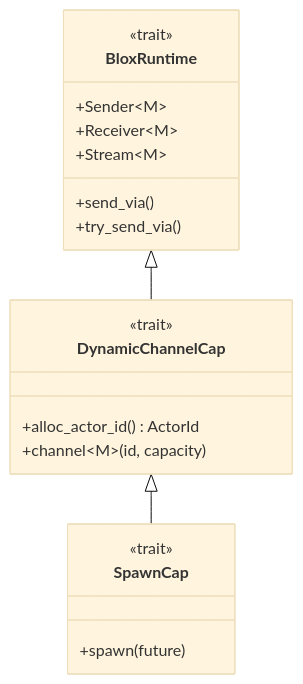
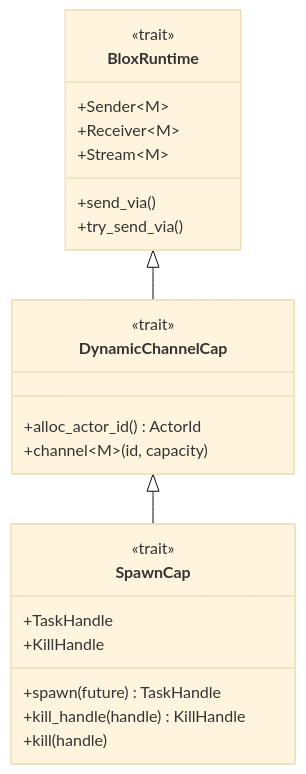
The second of 4 diagrams in spec/architecture/11-dynamic-actors.md (bloxide-com/bloxide), drawn with Mermaid (base theme) before and after one commit. The commit also changed other lines of this file and 33 other files, not shown here.

````diff
--- a/spec/architecture/11-dynamic-actors.md
+++ b/spec/architecture/11-dynamic-actors.md
@@ -246,23 +286,27 @@
 ```mermaid
 classDiagram
     class BloxRuntime {
         <<trait>>
         +Sender~M~
         +Receiver~M~
         +Stream~M~
         +send_via()
         +try_send_via()
     }
     class DynamicChannelCap {
         <<trait>>
         +alloc_actor_id() ActorId
         +channel~M~(id, capacity)
     }
     class SpawnCap {
         <<trait>>
-        +spawn(future)
+        +TaskHandle
+        +KillHandle
+        +spawn(future) TaskHandle
+        +kill_handle(handle) KillHandle
+        +kill(handle)
     }
 
     BloxRuntime <|-- DynamicChannelCap
     DynamicChannelCap <|-- SpawnCap
 ```
````
